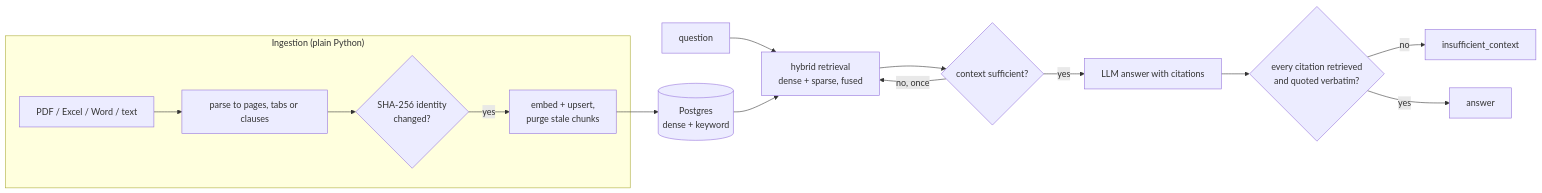
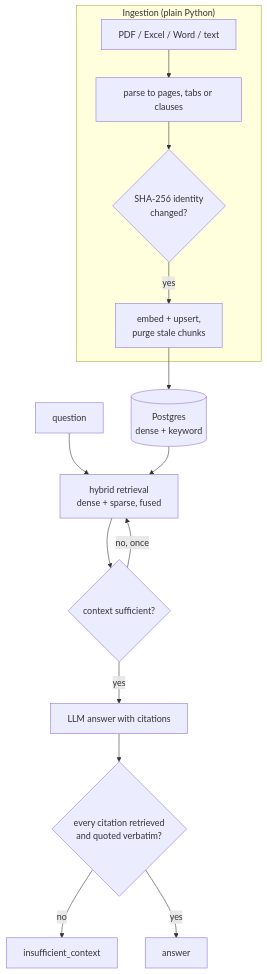
The diagram in work/rag-evaluation.md (jayakumar-devaraj/jayakumar-devaraj.github.io), drawn with Mermaid before and after one commit. The commit also changed 3 other files, not shown here.

First line of the commit message:
Make the chatbot, COBOL and RAG diagrams legible

````diff
--- a/work/rag-evaluation.md
+++ b/work/rag-evaluation.md
@@ -13,17 +13,17 @@
 ```mermaid
-flowchart LR
+flowchart TB
     subgraph ingest["Ingestion (plain Python)"]
         D["PDF / Excel / Word / text"] --> P["parse to pages, tabs or clauses"]
         P --> H{"SHA-256 identity<br/>changed?"}
         H -->|yes| E["embed + upsert,<br/>purge stale chunks"]
     end
     E --> PG[("Postgres<br/>dense + keyword")]
     Q["question"] --> R["hybrid retrieval<br/>dense + sparse, fused"]
     PG --> R
     R --> S{"context sufficient?"}
     S -->|no, once| R
     S -->|yes| A["LLM answer with citations"]
     A --> G{"every citation retrieved<br/>and quoted verbatim?"}
     G -->|no| X["insufficient_context"]
     G -->|yes| OUT["answer"]
 ```
````
